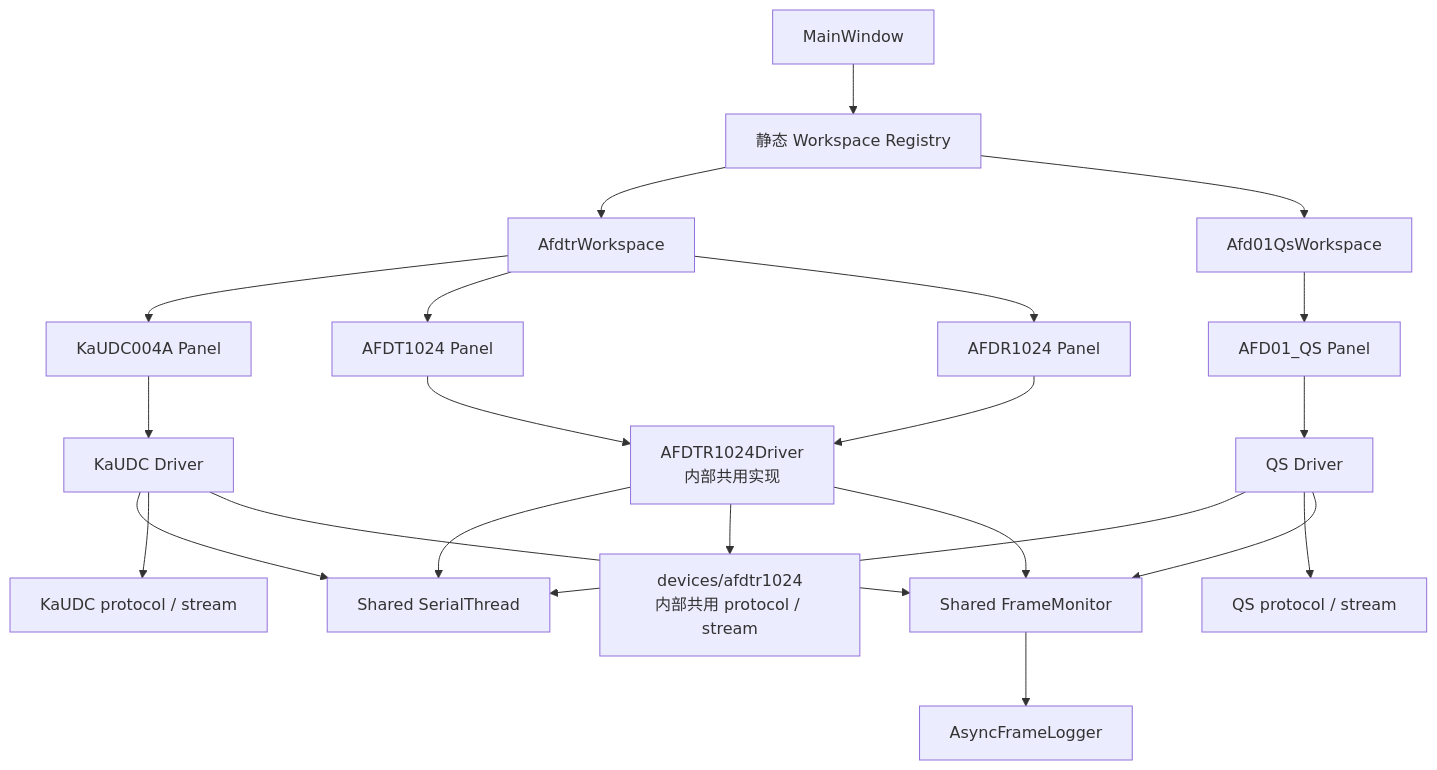
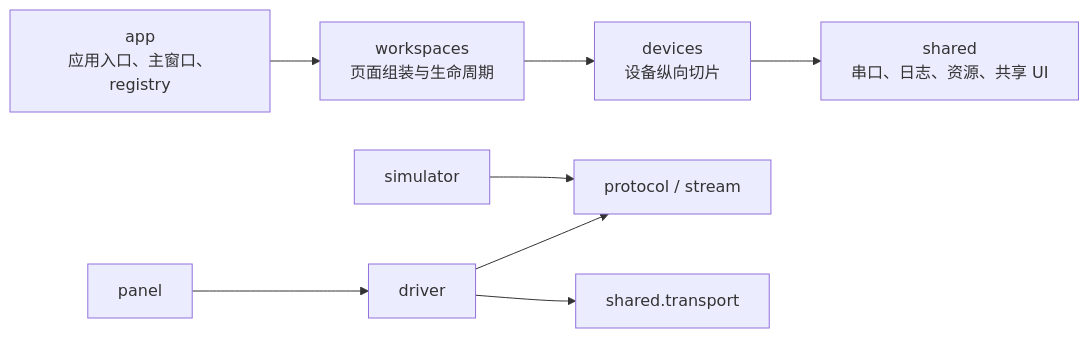
Before and after one commit to xnn0703/softHertz_tool: the diagram in README.md, drawn with Mermaid. The commit also changed other lines of this file and 206 other files, not shown here.

````diff
--- a/README.md
+++ b/README.md
@@ -66,28 +99,11 @@
 ```mermaid
-flowchart TB
-    Main["MainWindow"] --> Registry["静态 Workspace Registry"]
-    Registry --> AFDTR["AfdtrWorkspace"]
-    Registry --> QS["Afd01QsWorkspace"]
+flowchart LR
+    App["app<br/>应用入口、主窗口、registry"] --> Workspaces["workspaces<br/>页面组装与生命周期"]
+    Workspaces --> Devices["devices<br/>设备纵向切片"]
+    Devices --> Shared["shared<br/>串口、日志、资源、共享 UI"]
 
-    AFDTR --> KPanel["KaUDC004A Panel"]
-    AFDTR --> TXPanel["AFDT1024 Panel"]
-    AFDTR --> RXPanel["AFDR1024 Panel"]
-    QS --> QSPanel["AFD01_QS Panel"]
-
-    KPanel --> KDriver["KaUDC Driver"]
-    TXPanel --> ADriver["AFDTR1024Driver<br/>内部共用实现"]
-    RXPanel --> ADriver
-    QSPanel --> QDriver["QS Driver"]
-
-    KDriver --> Transport["Shared SerialThread"]
-    ADriver --> Transport
-    QDriver --> Transport
-    KDriver --> KProtocol["KaUDC protocol / stream"]
-    ADriver --> AProtocol["devices/afdtr1024<br/>内部共用 protocol / stream"]
-    QDriver --> QProtocol["QS protocol / stream"]
-
-    KDriver --> Monitor["Shared FrameMonitor"]
-    ADriver --> Monitor
-    QDriver --> Monitor
-    Monitor --> Logger["AsyncFrameLogger"]
+    Panel["panel"] --> Driver["driver"]
+    Driver --> Protocol["protocol / stream"]
+    Driver --> Transport["shared.transport"]
+    Simulator["simulator"] --> Protocol
 ```
````
